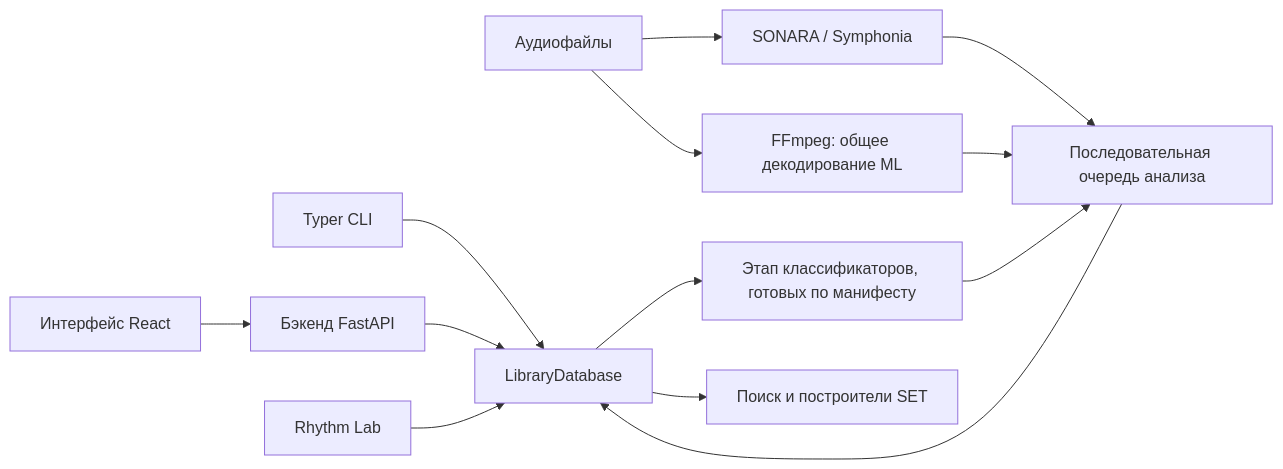
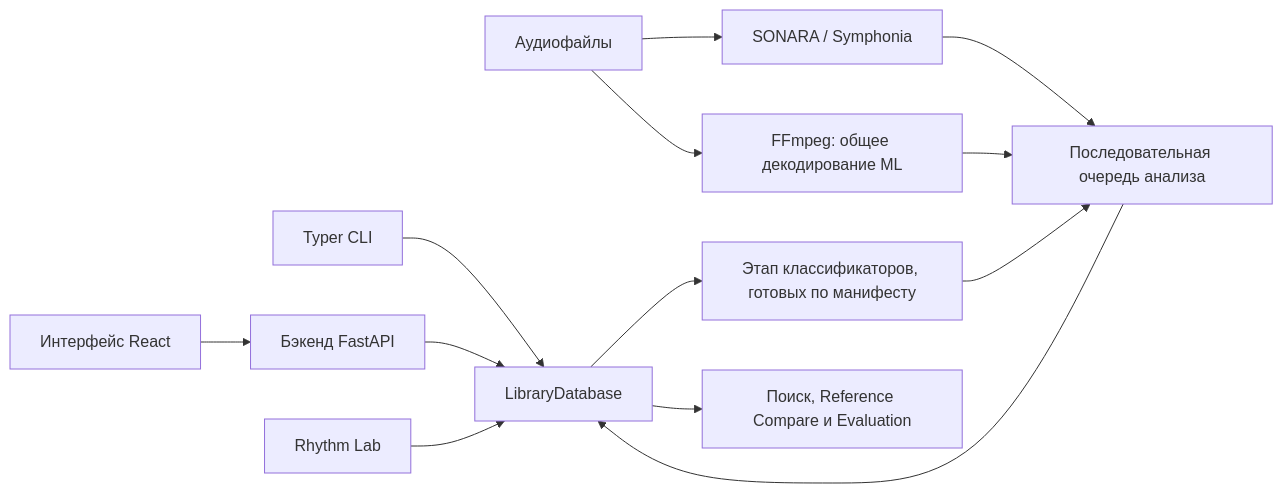
The diagram in docs/dj-track-similarity/ru/developer/architecture.md (MeteorBurn/dj-track-similarity), drawn with Mermaid before and after one commit. The commit also changed other lines of this file and 71 other files, not shown here.

````diff
--- a/docs/dj-track-similarity/ru/developer/architecture.md
+++ b/docs/dj-track-similarity/ru/developer/architecture.md
@@ -9,15 +9,15 @@
 ```mermaid
 flowchart LR
     CLI[Typer CLI] --> DB[LibraryDatabase]
     API[Бэкенд FastAPI] --> DB
     UI["Интерфейс React"] --> API
     Audio[Аудиофайлы] --> Sonara[SONARA / Symphonia]
     Audio --> FFmpeg[FFmpeg: общее декодирование ML]
     Sonara --> Queue[Последовательная очередь анализа]
     FFmpeg --> Queue
     Queue --> DB
     DB --> Classifiers[Этап классификаторов, готовых по манифесту]
     Classifiers --> Queue
-    DB --> Search[Поиск и построители SET]
+    DB --> Search[Поиск, Reference Compare и Evaluation]
     Lab[Rhythm Lab] --> DB
 ```
````
